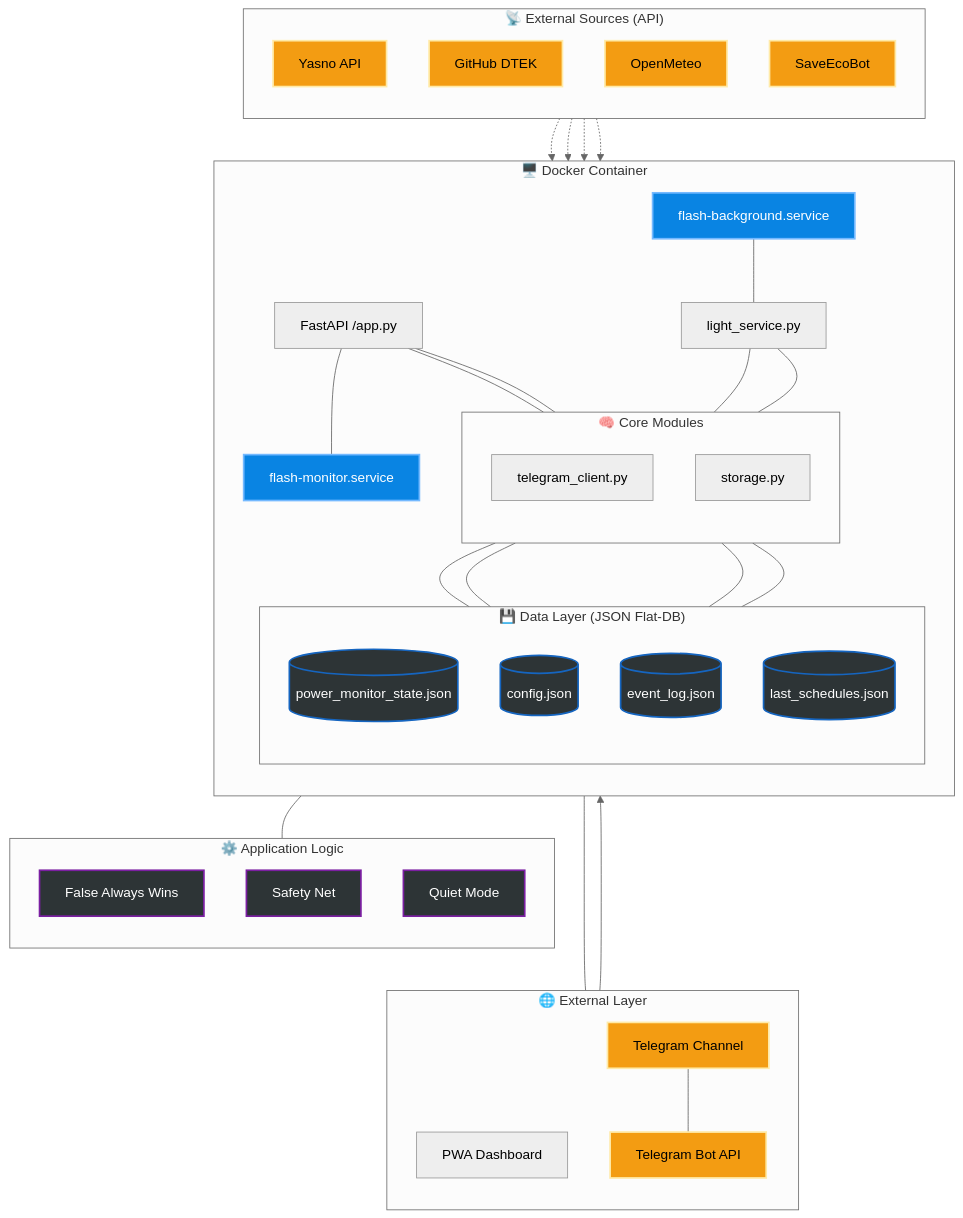
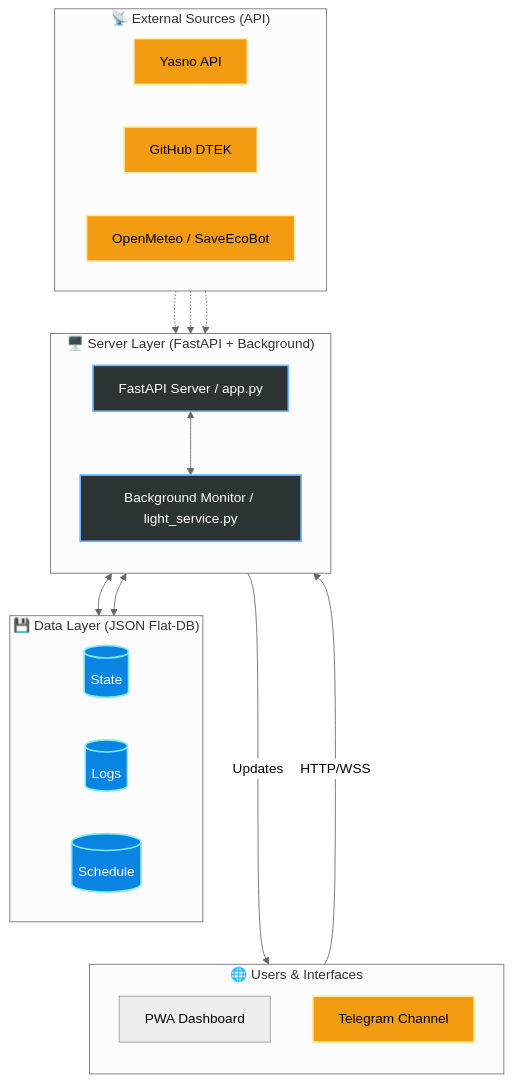
The diagram in README_ENG.md (weby-homelab/flash-monitor-kyiv), drawn with Mermaid (neutral theme) before and after one commit. The commit also changed 4 other files, not shown here.

Commit message:
Update logic for charts, update Mermaid graphs, bump version to 3.3.2

````diff
--- a/README_ENG.md
+++ b/README_ENG.md
@@ -61,83 +61,50 @@
 ```mermaid
 graph TD
     %% -- Styles --
-    classDef cloud fill:#2d3436,stroke:#7b1fa2,stroke-width:2px,color:#fff
-    classDef local fill:#2d3436,stroke:#1565c0,stroke-width:2px,color:#fff
-    classDef service fill:#0984e3,stroke:#74b9ff,stroke-width:2px,color:#fff
-    classDef security fill:#d63031,stroke:#ff7675,stroke-width:2px,color:#fff
-    classDef network fill:#00b894,stroke:#81ecec,stroke-width:2px,color:#fff
     classDef external fill:#f39c12,stroke:#ffeaa7,stroke-width:2px,color:#000
+    classDef layer fill:#2d3436,stroke:#74b9ff,stroke-width:2px,color:#fff
+    classDef data fill:#0984e3,stroke:#81ecec,stroke-width:2px,color:#fff
 
-    subgraph EXT ["🌐 External Layer"]
+    subgraph Users ["🌐 Users & Interfaces"]
         direction TB
         WEB[PWA Dashboard]
-        TG[Telegram Channel] --- BOT[Telegram Bot API]
+        TG[Telegram Channel]
     end
 
-    subgraph PROD ["🖥️ Docker Container"]
+    subgraph App ["🖥️ Server Layer (FastAPI + Background)"]
         direction TB
+        API[FastAPI Server / app.py]
+        LMN[Background Monitor / light_service.py]
         
-        API[FastAPI /app.py]
-        SVC[flash-monitor.service]
-        BG[flash-background.service]
-        LMN[light_service.py]
-
-        subgraph Core ["🧠 Core Modules"]
-            direction TB
-            TC[telegram_client.py]
-            ST[storage.py]
-        end
-        
-        subgraph Data ["💾 Data Layer (JSON Flat-DB)"]
-            direction TB
-            STATE[(power_monitor_state.json)]
-            CFG[(config.json)]
-            LOGS[(event_log.json)]
-            SCHED[(last_schedules.json)]
-        end
-        
-        API --- SVC
-        BG --- LMN
-        
-        LMN --- TC
-        LMN --- ST
-        API --- ST
-        API --- TC
-        
-        ST --- STATE
-        ST --- LOGS
-        ST --- SCHED
-        ST --- CFG
+        API <--> LMN
     end
 
-    subgraph Logic ["⚙️ Application Logic"]
-        direction TB
-        FN[False Always Wins]
-        SN[Safety Net]
-        QM[Quiet Mode]
+    subgraph Data ["💾 Data Layer (JSON Flat-DB)"]
+        direction LR
+        STATE[(State)]
+        LOGS[(Logs)]
+        SCHED[(Schedule)]
     end
 
-    subgraph SRC ["📡 External Sources (API)"]
-        direction TB
+    subgraph External ["📡 External Sources (API)"]
+        direction LR
         YASNO[Yasno API]
         DTEK[GitHub DTEK]
-        METEO[OpenMeteo]
-        AQI[SaveEcoBot]
+        METEO[OpenMeteo / SaveEcoBot]
     end
 
-    %% -- Connections between subgraphs --
-    WEB ---> API
-    TC --- BOT
-    
-    LMN --- Logic
+    %% Connections
+    WEB --->|HTTP/WSS| API
+    LMN --->|Updates| TG
     
     YASNO -.-> LMN
     DTEK -.-> LMN
-    METEO -.-> SVC
-    AQI -.-> SVC
+    METEO -.-> API
+    
+    API <--> Data
+    LMN <--> Data
 
-    class TG,BOT,YASNO,DTEK,METEO,AQI external
-    class SVC,BG service
-    class STATE,CFG,LOGS,SCHED local
-    class FN,SN,QM cloud
+    class TG,YASNO,DTEK,METEO external
+    class API,LMN layer
+    class STATE,LOGS,SCHED data
 ```
````
